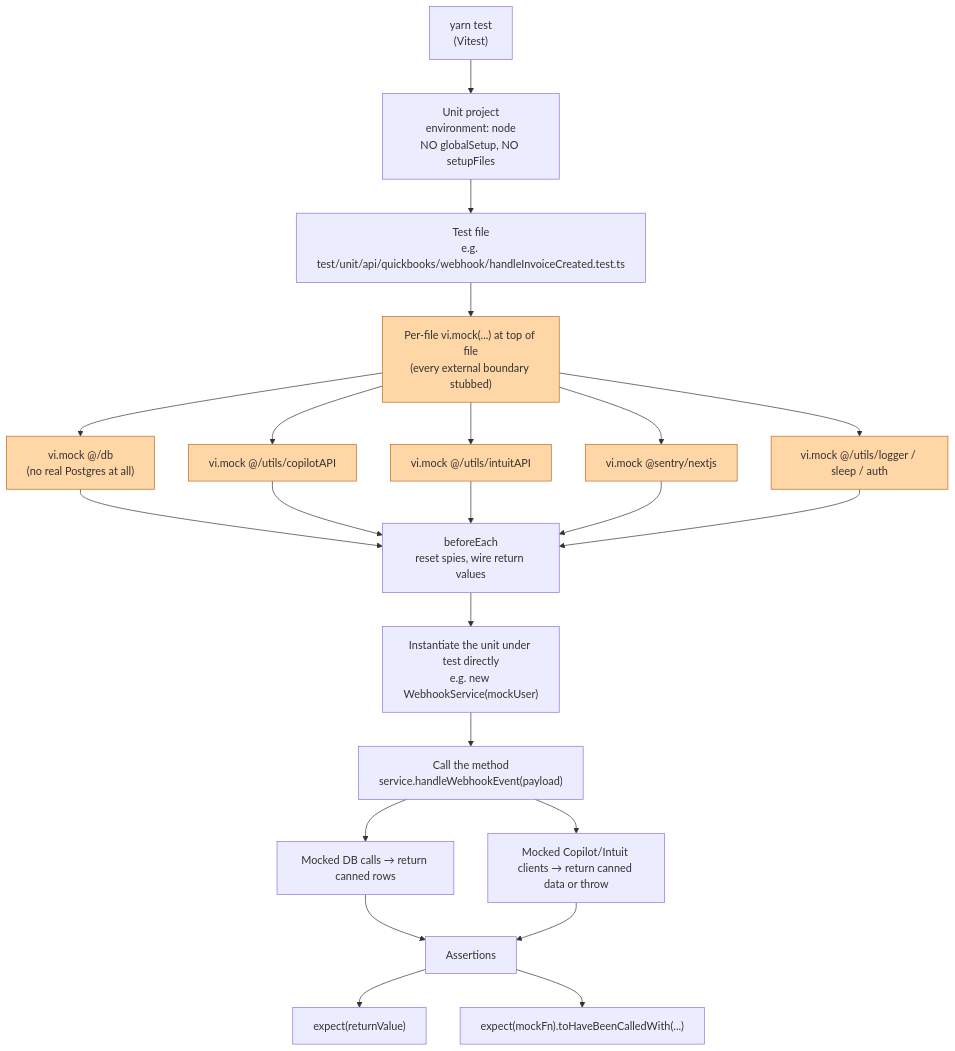
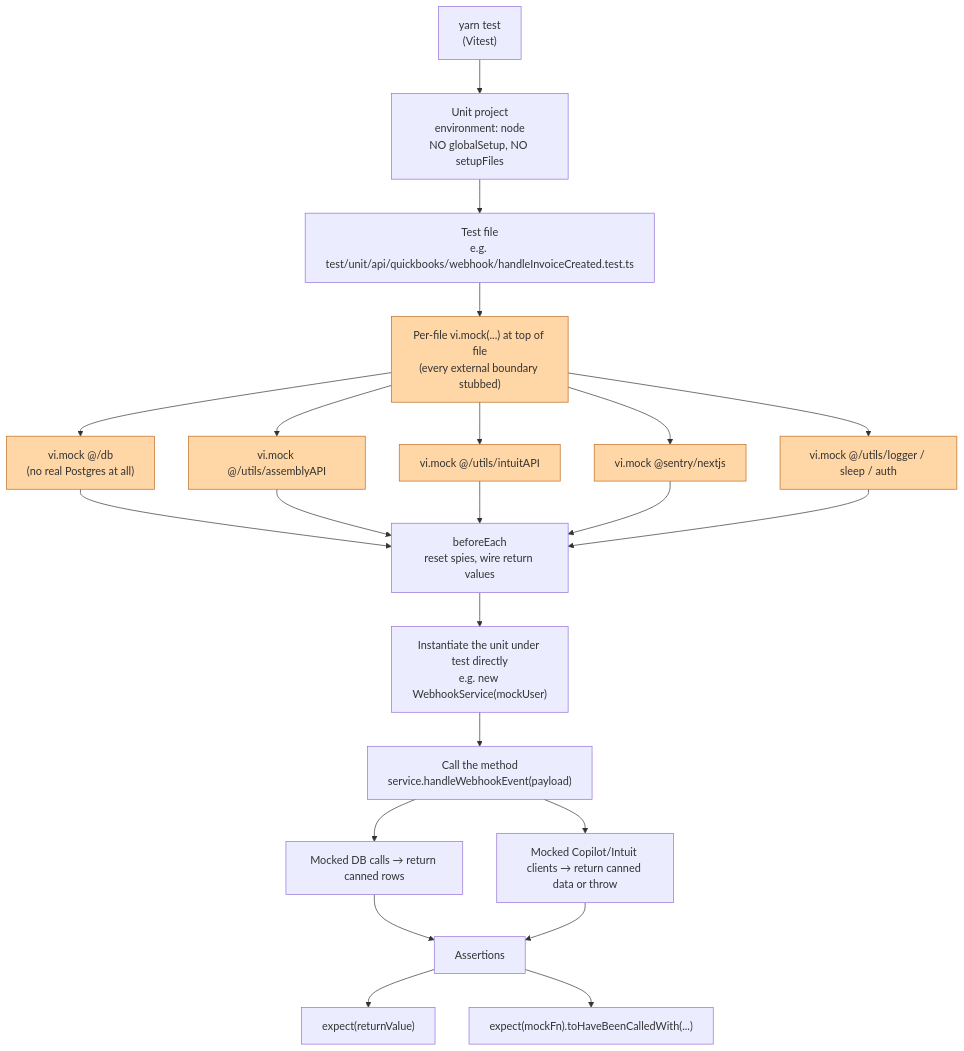
The first of 2 diagrams in test/diagrams/test-flow.md (copilot-platforms/quickbooks-sync), drawn with Mermaid before and after one commit. The commit also changed other lines of this file and 15 other files, not shown here.

````diff
--- a/test/diagrams/test-flow.md
+++ b/test/diagrams/test-flow.md
@@ -21,37 +21,37 @@
 ```mermaid
 flowchart TD
     A["yarn test<br/>(Vitest)"] --> B["Unit project<br/>environment: node<br/>NO globalSetup, NO setupFiles"]
 
     B --> C["Test file<br/>e.g. test/unit/api/quickbooks/webhook/handleInvoiceCreated.test.ts"]
     C --> D["Per-file vi.mock(...) at top of file<br/>(every external boundary stubbed)"]
 
     D --> D1["vi.mock @/db<br/>(no real Postgres at all)"]
-    D --> D2["vi.mock @/utils/copilotAPI"]
+    D --> D2["vi.mock @/utils/assemblyAPI"]
     D --> D3["vi.mock @/utils/intuitAPI"]
     D --> D4["vi.mock @sentry/nextjs"]
     D --> D5["vi.mock @/utils/logger / sleep / auth"]
 
     D1 --> E["beforeEach<br/>reset spies, wire return values"]
     D2 --> E
     D3 --> E
     D4 --> E
     D5 --> E
 
     E --> F["Instantiate the unit under test directly<br/>e.g. new WebhookService(mockUser)"]
     F --> G["Call the method<br/>service.handleWebhookEvent(payload)"]
 
     G --> H1["Mocked DB calls → return canned rows"]
     G --> H2["Mocked Copilot/Intuit clients → return canned data or throw"]
 
     H1 --> I["Assertions"]
     H2 --> I
     I --> I1["expect(returnValue)"]
     I --> I2["expect(mockFn).toHaveBeenCalledWith(...)"]
 
     style D fill:#ffd6a5,stroke:#bc6c25
     style D1 fill:#ffd6a5,stroke:#bc6c25
     style D2 fill:#ffd6a5,stroke:#bc6c25
     style D3 fill:#ffd6a5,stroke:#bc6c25
     style D4 fill:#ffd6a5,stroke:#bc6c25
     style D5 fill:#ffd6a5,stroke:#bc6c25
 ```
````
